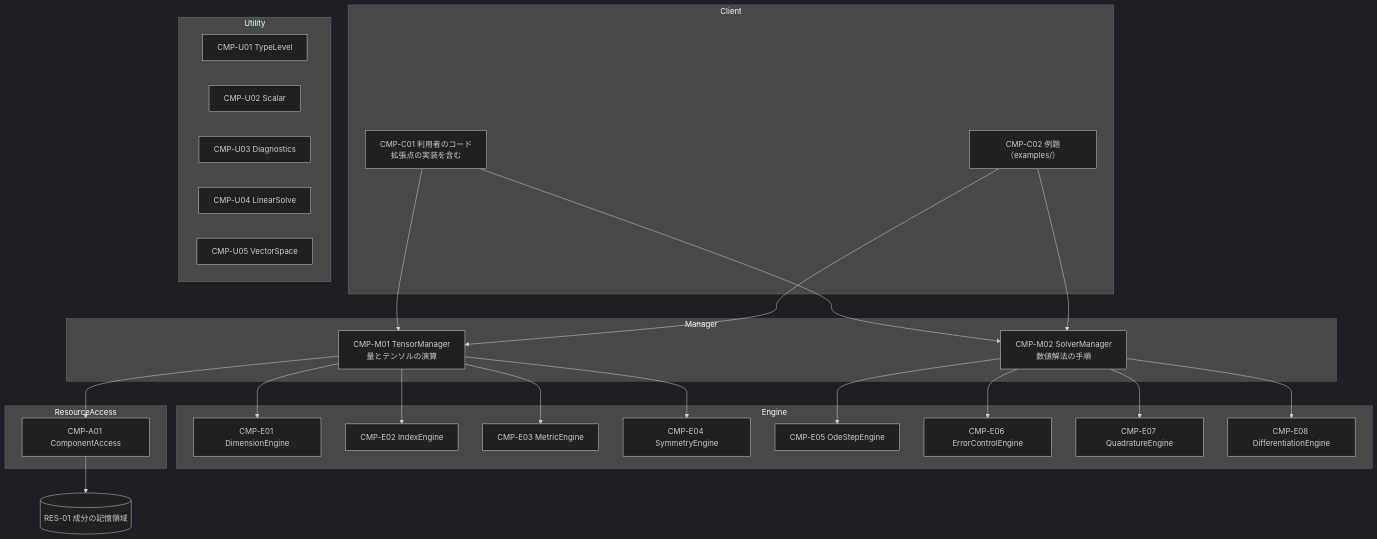
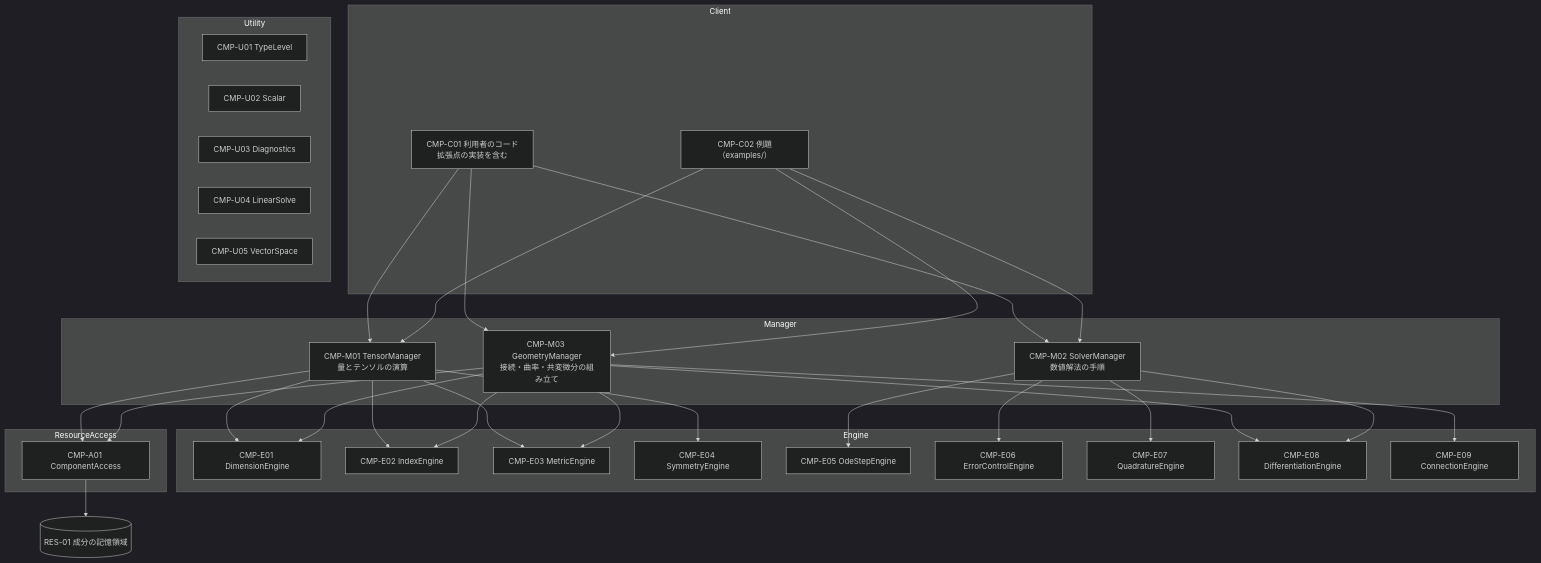
One commit to fukugyononuko/tensorcheck changed the diagram in docs/01_overview.md. Above: the diagram before and after it, drawn with Mermaid (dark theme). The commit also changed other lines of this file and 5 other files, not shown here.

````diff
--- a/docs/01_overview.md
+++ b/docs/01_overview.md
@@ -93,38 +97,42 @@
 ```mermaid
 flowchart TB
   subgraph Client
     C01["CMP-C01 利用者のコード<br/>拡張点の実装を含む"]
     C02["CMP-C02 例題（examples/）"]
   end
   subgraph Manager
     M01["CMP-M01 TensorManager<br/>量とテンソルの演算"]
+    M03["CMP-M03 GeometryManager<br/>接続・曲率・共変微分の組み立て"]
     M02["CMP-M02 SolverManager<br/>数値解法の手順"]
   end
   subgraph Engine
     E01["CMP-E01 DimensionEngine"]
     E02["CMP-E02 IndexEngine"]
     E03["CMP-E03 MetricEngine"]
     E04["CMP-E04 SymmetryEngine"]
     E05["CMP-E05 OdeStepEngine"]
     E06["CMP-E06 ErrorControlEngine"]
     E07["CMP-E07 QuadratureEngine"]
     E08["CMP-E08 DifferentiationEngine"]
+    E09["CMP-E09 ConnectionEngine"]
   end
   subgraph ResourceAccess
     A01["CMP-A01 ComponentAccess"]
   end
   subgraph Utility
     U01["CMP-U01 TypeLevel"]
     U02["CMP-U02 Scalar"]
     U03["CMP-U03 Diagnostics"]
     U04["CMP-U04 LinearSolve"]
     U05["CMP-U05 VectorSpace"]
   end
   R01[("RES-01 成分の記憶領域")]
 
-  C01 & C02 --> M01 & M02
+  C01 & C02 --> M01 & M03 & M02
   M01 --> E01 & E02 & E03 & E04
   M01 --> A01
+  M03 --> E01 & E02 & E03 & E08 & E09
+  M03 --> A01
   M02 --> E05 & E06 & E07 & E08
   A01 --> R01
 ```
````
